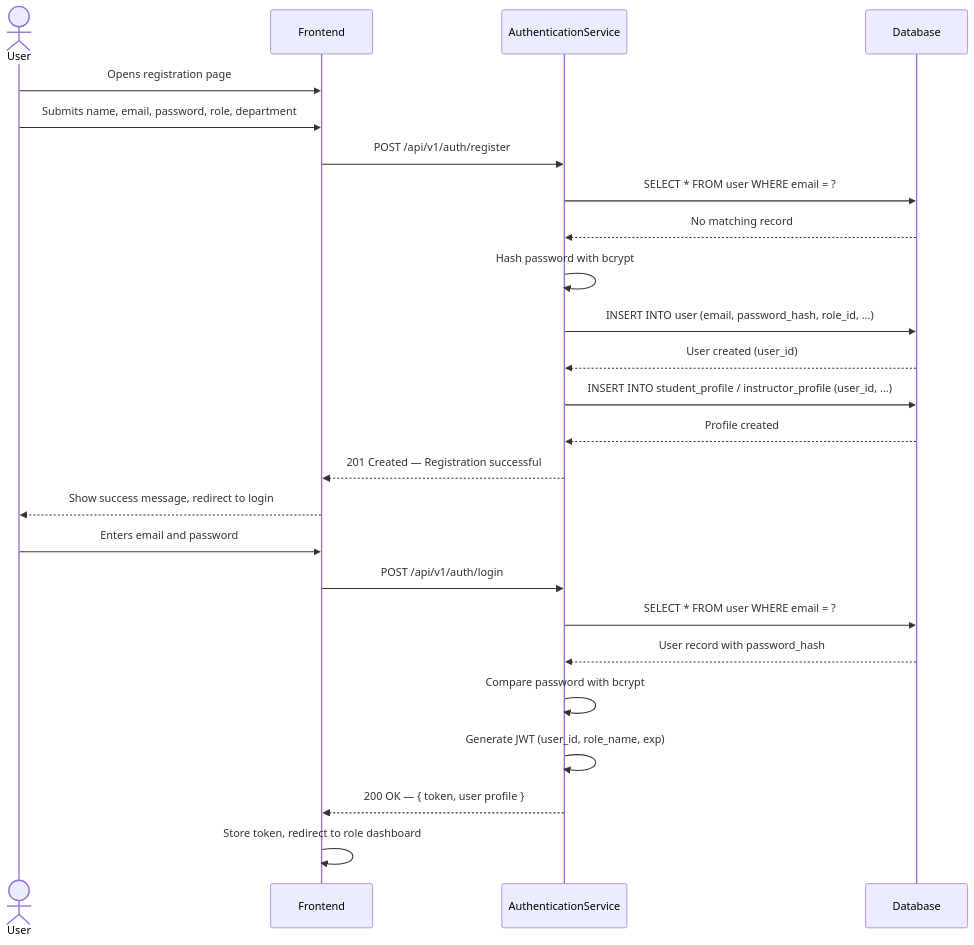
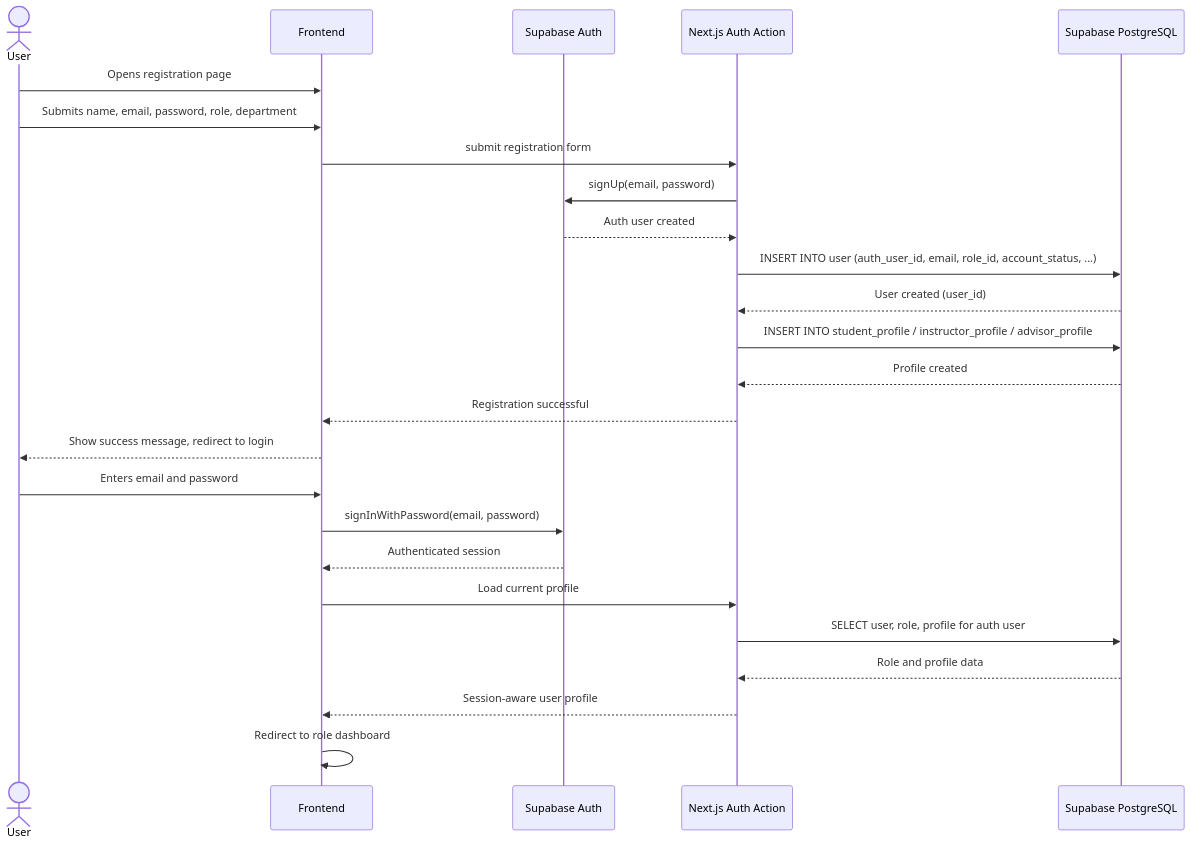
One commit to wingkit123/QuestLearn changed the first of 6 diagrams in part-ii/Sequence-Diagrams.md. Above: the diagram before and after it, drawn with Mermaid. The commit also changed other lines of this file and 10 other files, not shown here.

````diff
--- a/part-ii/Sequence-Diagrams.md
+++ b/part-ii/Sequence-Diagrams.md
@@ -11,29 +11,29 @@
 ```mermaid
 sequenceDiagram
     actor User
     participant FE as Frontend
-    participant Auth as AuthenticationService
-    participant DB as Database
+    participant Auth as Supabase Auth
+    participant App as Next.js Auth Action
+    participant DB as Supabase PostgreSQL
 
     User->>FE: Opens registration page
     User->>FE: Submits name, email, password, role, department
-    FE->>Auth: POST /api/v1/auth/register
-    Auth->>DB: SELECT * FROM user WHERE email = ?
-    DB-->>Auth: No matching record
-    Auth->>Auth: Hash password with bcrypt
-    Auth->>DB: INSERT INTO user (email, password_hash, role_id, ...)
-    DB-->>Auth: User created (user_id)
-    Auth->>DB: INSERT INTO student_profile / instructor_profile (user_id, ...)
-    DB-->>Auth: Profile created
-    Auth-->>FE: 201 Created — Registration successful
+    FE->>App: submit registration form
+    App->>Auth: signUp(email, password)
+    Auth-->>App: Auth user created
+    App->>DB: INSERT INTO user (auth_user_id, email, role_id, account_status, ...)
+    DB-->>App: User created (user_id)
+    App->>DB: INSERT INTO student_profile / instructor_profile / advisor_profile
+    DB-->>App: Profile created
+    App-->>FE: Registration successful
     FE-->>User: Show success message, redirect to login
 
     User->>FE: Enters email and password
-    FE->>Auth: POST /api/v1/auth/login
-    Auth->>DB: SELECT * FROM user WHERE email = ?
-    DB-->>Auth: User record with password_hash
-    Auth->>Auth: Compare password with bcrypt
-    Auth->>Auth: Generate JWT (user_id, role_name, exp)
-    Auth-->>FE: 200 OK — { token, user profile }
-    FE->>FE: Store token, redirect to role dashboard
+    FE->>Auth: signInWithPassword(email, password)
+    Auth-->>FE: Authenticated session
+    FE->>App: Load current profile
+    App->>DB: SELECT user, role, profile for auth user
+    DB-->>App: Role and profile data
+    App-->>FE: Session-aware user profile
+    FE->>FE: Redirect to role dashboard
 ```
````
